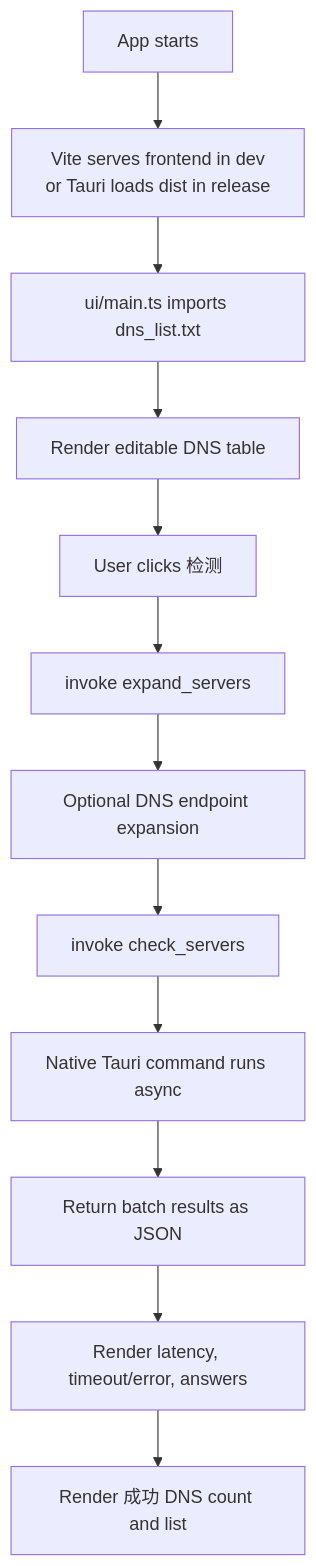
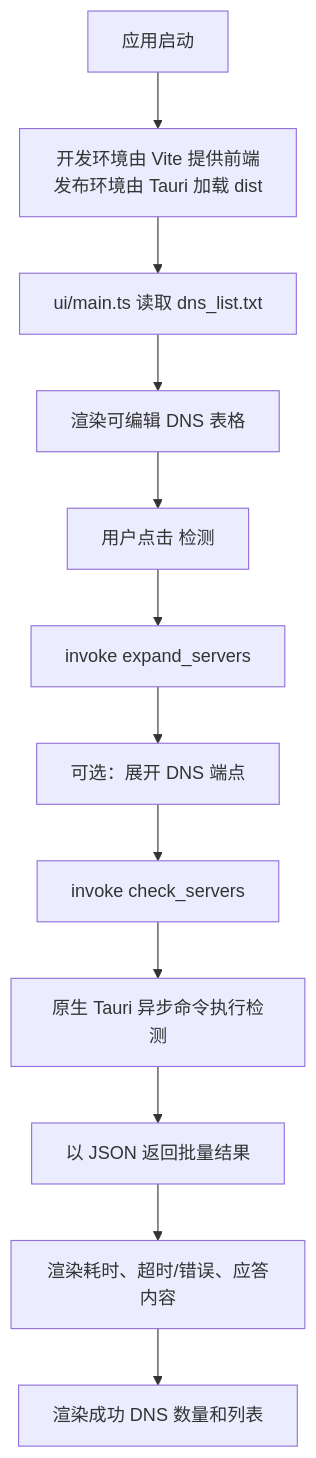
One commit to ohyooo/DNSChecker changed the first of 2 diagrams in README.md. Above: the diagram before and after it, drawn with Mermaid. The commit also changed other lines of this file, not shown here.

````diff
--- a/README.md
+++ b/README.md
@@ -136,14 +138,14 @@
 ```mermaid
 flowchart TD
-  A[App starts] --> B[Vite serves frontend in dev<br/>or Tauri loads dist in release]
-  B --> C[ui/main.ts imports dns_list.txt]
-  C --> D[Render editable DNS table]
-  D --> E[User clicks 检测]
+  A[应用启动] --> B[开发环境由 Vite 提供前端<br/>发布环境由 Tauri 加载 dist]
+  B --> C[ui/main.ts 读取 dns_list.txt]
+  C --> D[渲染可编辑 DNS 表格]
+  D --> E[用户点击 检测]
   E --> F[invoke expand_servers]
-  F --> G[Optional DNS endpoint expansion]
+  F --> G[可选：展开 DNS 端点]
   G --> H[invoke check_servers]
-  H --> I[Native Tauri command runs async]
-  I --> J[Return batch results as JSON]
-  J --> K[Render latency, timeout/error, answers]
-  K --> L[Render 成功 DNS count and list]
+  H --> I[原生 Tauri 异步命令执行检测]
+  I --> J[以 JSON 返回批量结果]
+  J --> K[渲染耗时、超时/错误、应答内容]
+  K --> L[渲染成功 DNS 数量和列表]
 ```
````
